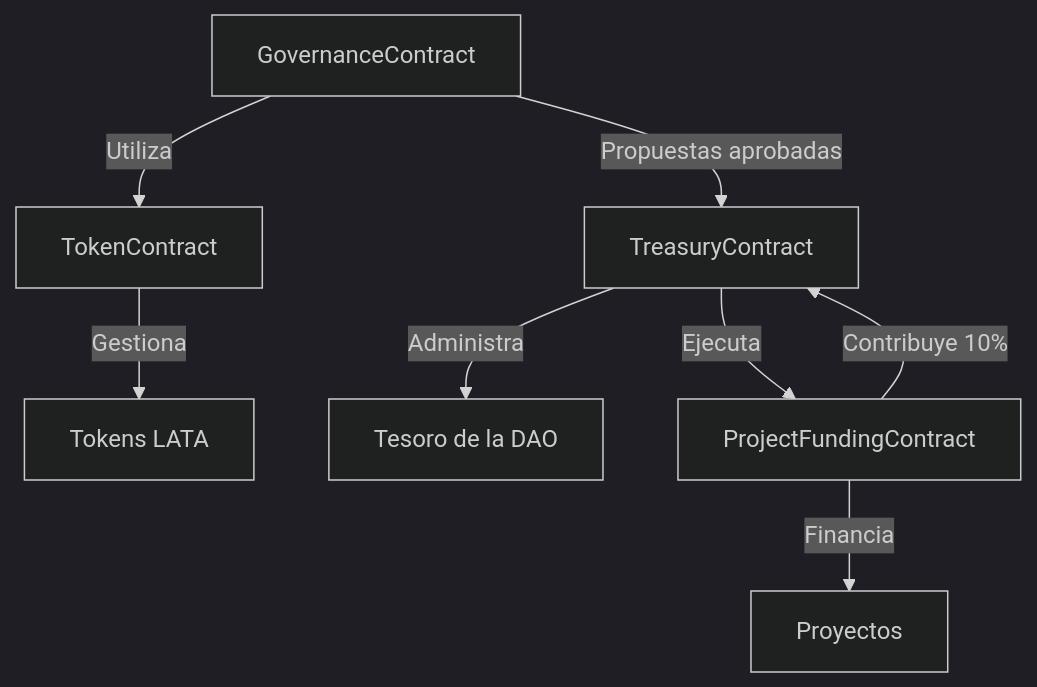
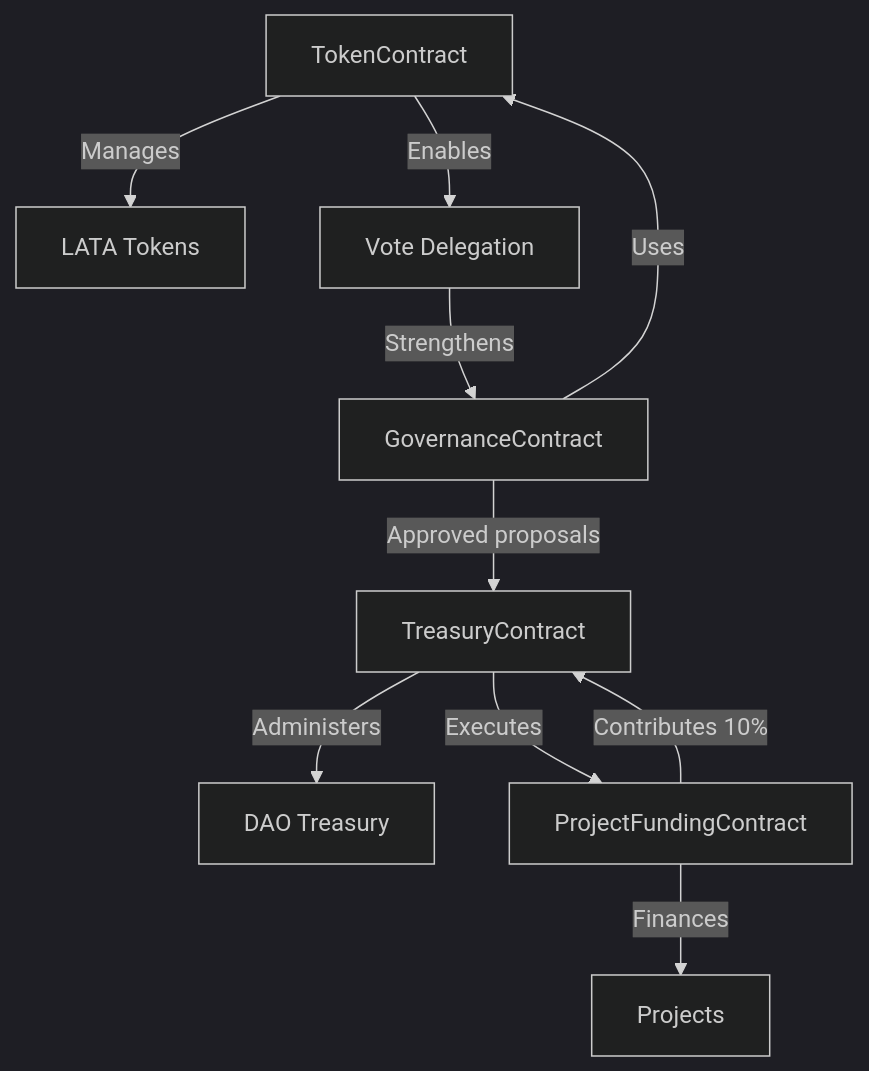
One commit to eth-ecuador/eth-ecuador-dao changed the first of 7 diagrams in YellowPaper.md. Above: the diagram before and after it, drawn with Mermaid (dark theme). The commit also changed other lines of this file, not shown here.

````diff
--- a/YellowPaper.md
+++ b/YellowPaper.md
@@ -49,10 +51,12 @@
 ```mermaid
 flowchart TB
-    A[TokenContract] -->|Gestiona| B[Tokens LATA]
-    C[GovernanceContract] -->|Utiliza| A
-    D[TreasuryContract] -->|Administra| E[Tesoro de la DAO]
-    F[ProjectFundingContract] -->|Financia| G[Proyectos]
-    F -->|Contribuye 10%| D
-    C -->|Propuestas aprobadas| D
-    D -->|Ejecuta| F
+    A[TokenContract] -->|Manages| B[LATA Tokens]
+    A -->|Enables| H[Vote Delegation]
+    C[GovernanceContract] -->|Uses| A
+    D[TreasuryContract] -->|Administers| E[DAO Treasury]
+    F[ProjectFundingContract] -->|Finances| G[Projects]
+    F -->|Contributes 10%| D
+    C -->|Approved proposals| D
+    D -->|Executes| F
+    H -->|Strengthens| C
 ```
````
